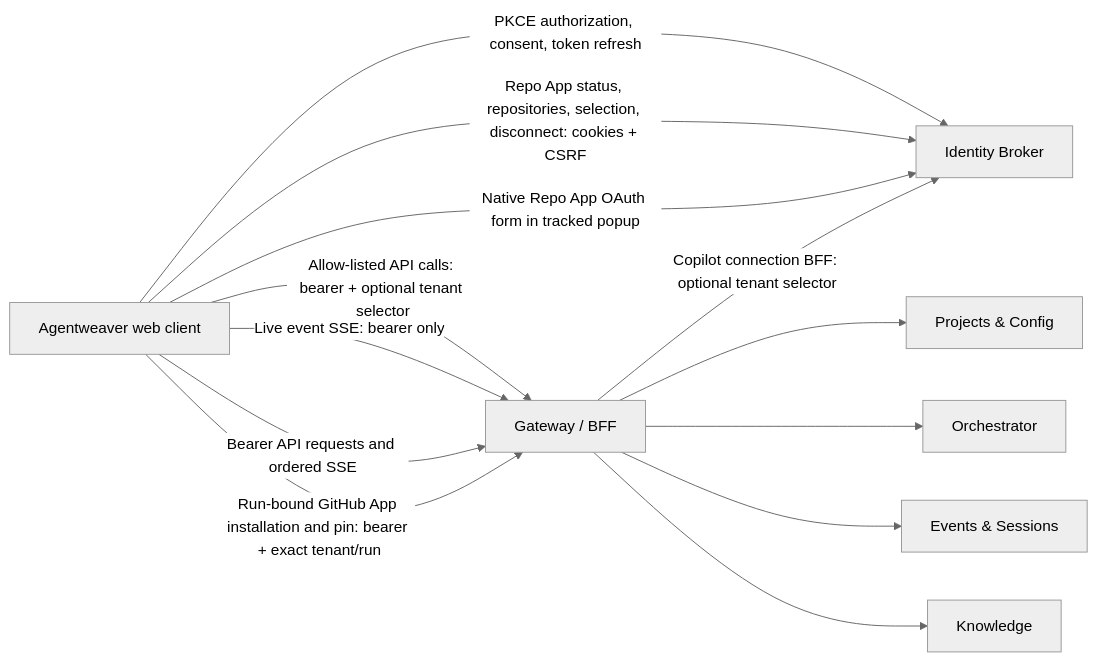
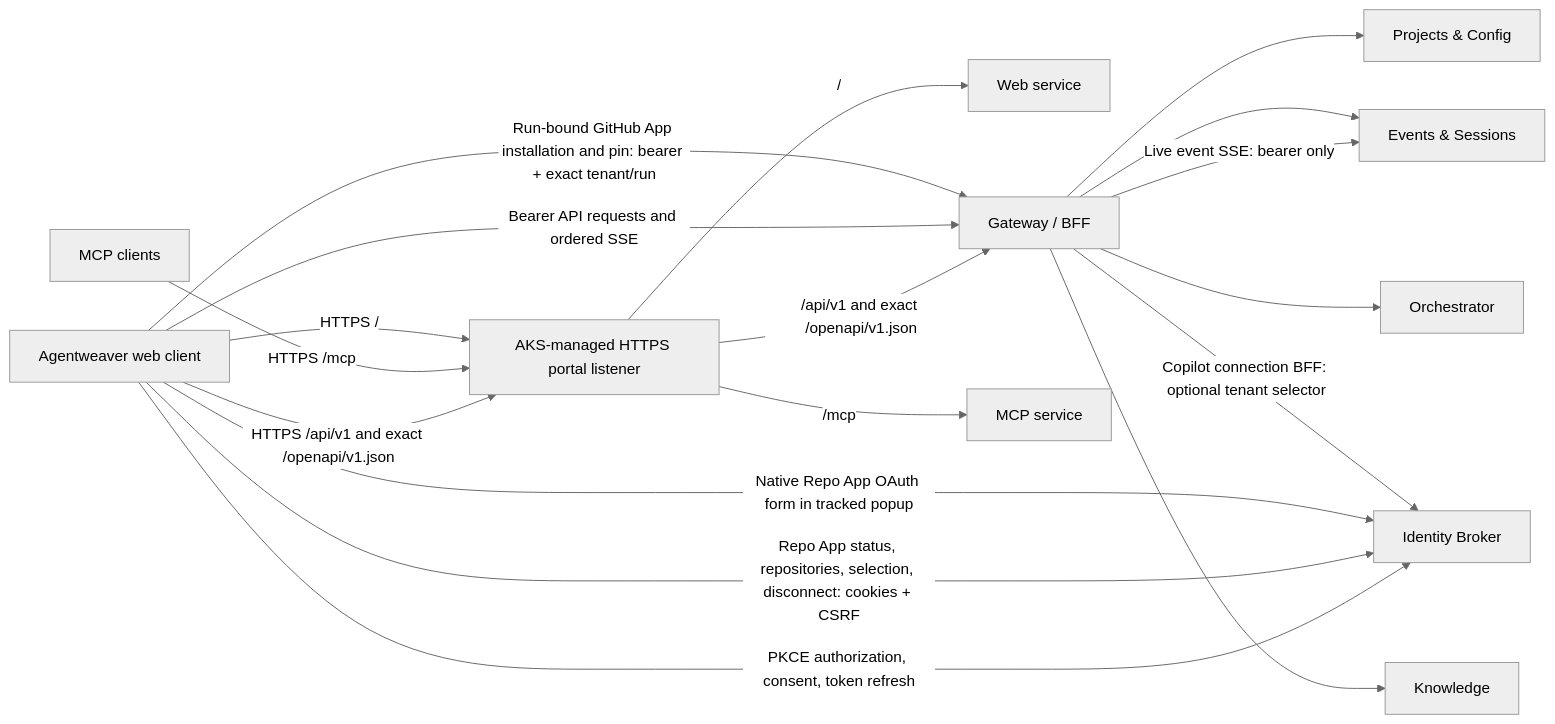
Before and after one commit to sabbour/agentweaver: the diagram in docs/guide/web-client.md, drawn with Mermaid (neutral theme). The commit also changed other lines of this file and 54 other files, not shown here.

````diff
--- a/docs/guide/web-client.md
+++ b/docs/guide/web-client.md
@@ -9,24 +9,33 @@
 ```mermaid
 flowchart LR
   Browser[Agentweaver web client]
+  McpClient[MCP clients]
   Broker[Identity Broker]
+  Portal[AKS-managed HTTPS portal listener]
+  Web[Web service]
   Gateway[Gateway / BFF]
+  Mcp[MCP service]
   Projects[Projects & Config]
   Orchestrator[Orchestrator]
   Events[Events & Sessions]
   Knowledge[Knowledge]
 
-  Browser -->|Allow-listed API calls: bearer + optional tenant selector| Gateway
-  Browser -->|Live event SSE: bearer only| Gateway
+  Browser -->|HTTPS /api/v1 and exact /openapi/v1.json| Portal
+  Portal -->|/api/v1 and exact /openapi/v1.json| Gateway
+  McpClient -->|HTTPS /mcp| Portal
+  Portal -->|/mcp| Mcp
+  Browser -->|HTTPS /| Portal
+  Portal -->|/| Web
+  Gateway -->|Live event SSE: bearer only| Events
 
   Browser -->|PKCE authorization, consent, token refresh| Broker
   Browser -->|Bearer API requests and ordered SSE| Gateway
   Browser -->|Repo App status, repositories, selection, disconnect: cookies + CSRF| Broker
   Browser -->|Native Repo App OAuth form in tracked popup| Broker
   Browser -->|Run-bound GitHub App installation and pin: bearer + exact tenant/run| Gateway
   Gateway -->|Copilot connection BFF: optional tenant selector| Broker
   Gateway --> Projects
   Gateway --> Orchestrator
   Gateway --> Events
   Gateway --> Knowledge
 ```
````
